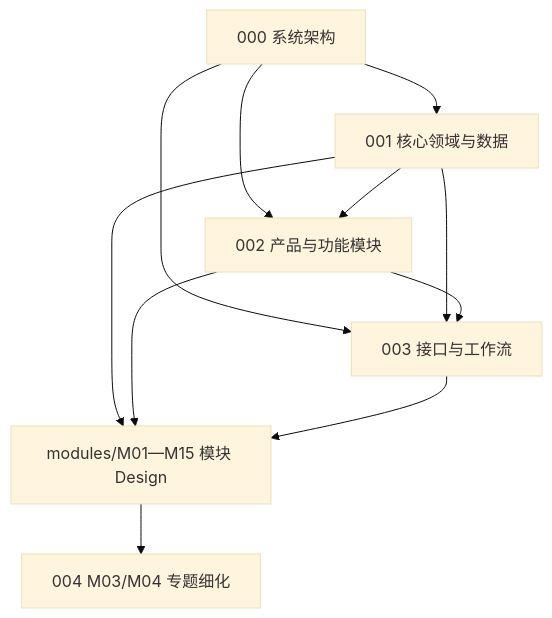
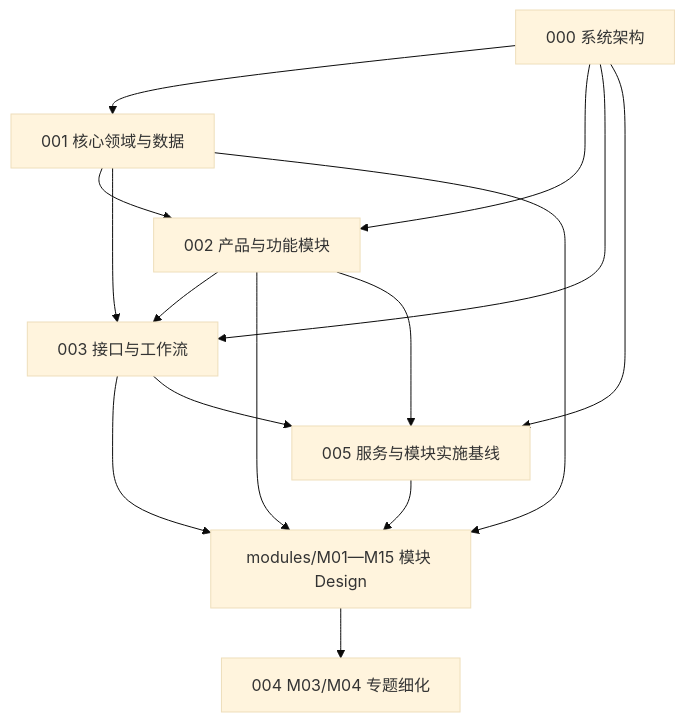
Before and after one commit to StephenQiu30/lanverse: the diagram in docs/design/README.md, drawn with Mermaid (base theme). The commit also changed other lines of this file and 107 other files, not shown here.

````diff
--- a/docs/design/README.md
+++ b/docs/design/README.md
@@ -24,13 +25,17 @@
 ```mermaid
 flowchart TD
     A["000 系统架构"] --> B["001 核心领域与数据"]
     A --> C["002 产品与功能模块"]
     B --> C
     A --> D["003 接口与工作流"]
     B --> D
     C --> D
     B --> E["modules/M01—M15 模块 Design"]
     C --> E
     D --> E
     E --> F["004 M03/M04 专题细化"]
+    A --> G["005 服务与模块实施基线"]
+    C --> G
+    D --> G
+    G --> E
 ```
````
